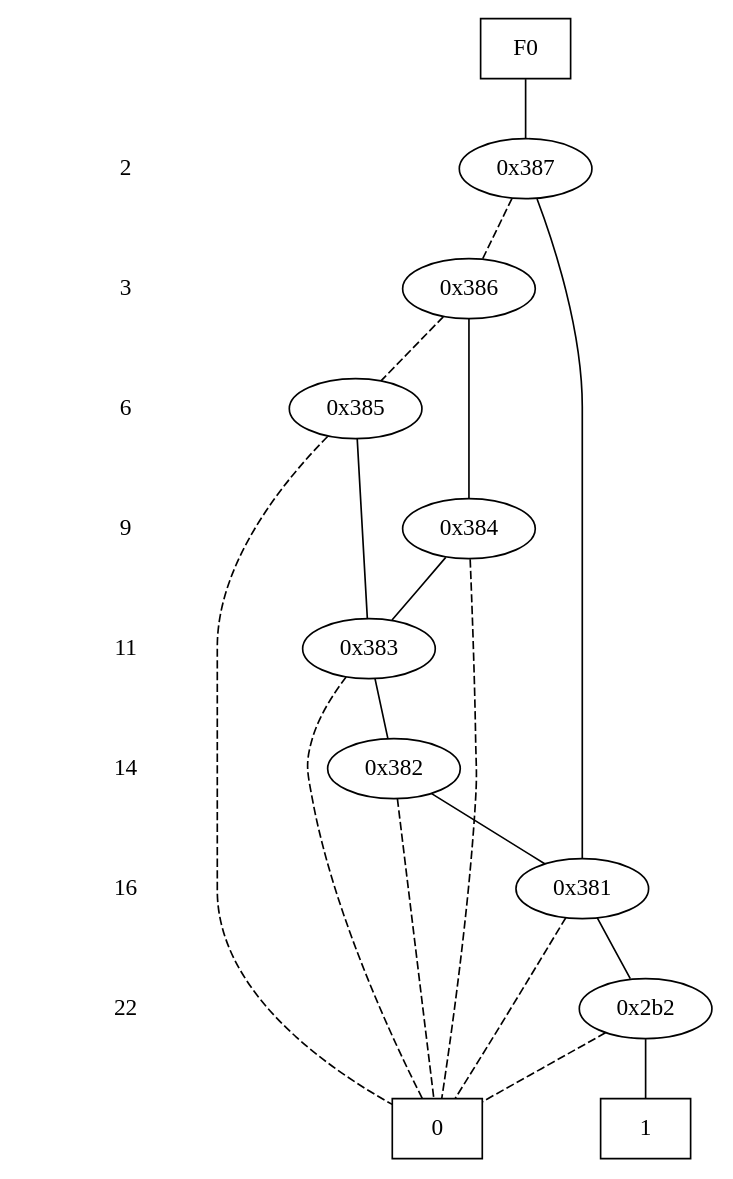
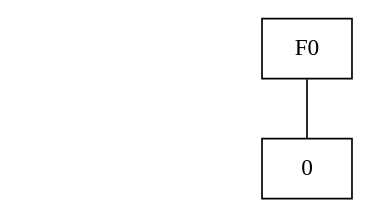
The diagram in Project1_2/Dot/20.dot (dan-olsen/ECE524), drawn with Graphviz before and after one commit. The commit also changed 41 other files, not shown here.

```diff
--- a/Project1_2/Dot/20.dot
+++ b/Project1_2/Dot/20.dot
@@ -1,60 +1,18 @@
 digraph "ZDD" {
 size = "7.5,10"
 center = true;
 edge [dir = none];
 { node [shape = plaintext];
   edge [style = invis];
   "CONST NODES" [style = invis];
-" 2 " -> " 3 " -> " 6 " -> " 9 " -> " 11 " -> " 14 " -> " 16 " -> " 22 " -> "CONST NODES"; 
+"CONST NODES"; 
 }
 { rank = same; node [shape = box]; edge [style = invis];
 "F0"; }
-{ rank = same; " 2 ";
-"0x387";
-}
-{ rank = same; " 3 ";
-"0x386";
-}
-{ rank = same; " 6 ";
-"0x385";
-}
-{ rank = same; " 9 ";
-"0x384";
-}
-{ rank = same; " 11 ";
-"0x383";
-}
-{ rank = same; " 14 ";
-"0x382";
-}
-{ rank = same; " 16 ";
-"0x381";
-}
-{ rank = same; " 22 ";
-"0x2b2";
-}
 { rank = same; "CONST NODES";
-{ node [shape = box]; "0x288";
-"0x287";
+{ node [shape = box]; "(nil)";
 }
 }
-"F0" -> "0x387" [style = solid];
-"0x387" -> "0x381";
-"0x387" -> "0x386" [style = dashed];
-"0x386" -> "0x384";
-"0x386" -> "0x385" [style = dashed];
-"0x385" -> "0x383";
-"0x385" -> "0x288" [style = dashed];
-"0x384" -> "0x383";
-"0x384" -> "0x288" [style = dashed];
-"0x383" -> "0x382";
-"0x383" -> "0x288" [style = dashed];
-"0x382" -> "0x381";
-"0x382" -> "0x288" [style = dashed];
-"0x381" -> "0x2b2";
-"0x381" -> "0x288" [style = dashed];
-"0x2b2" -> "0x287";
-"0x2b2" -> "0x288" [style = dashed];
-"0x288" [label = "0"];
-"0x287" [label = "1"];
+"F0" -> "(nil)" [style = solid];
+"(nil)" [label = "0"];
 }
```
